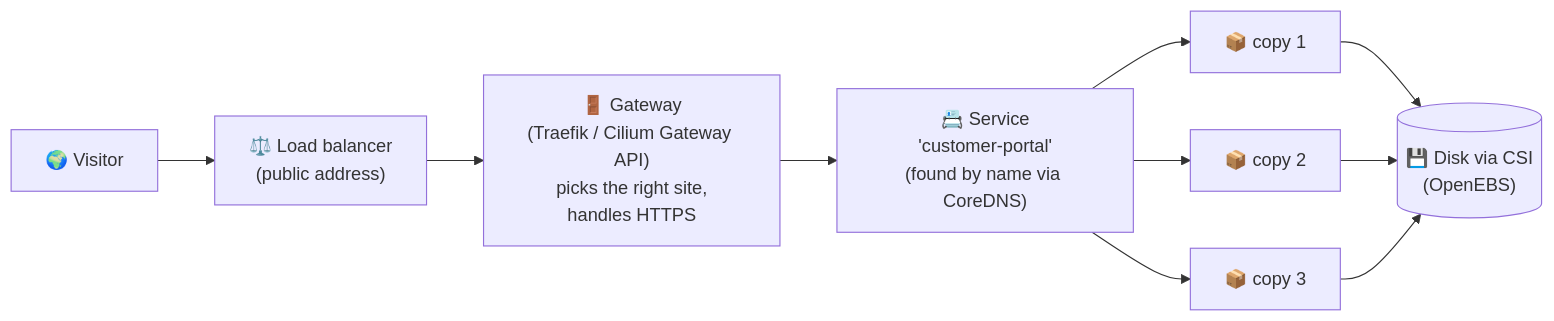
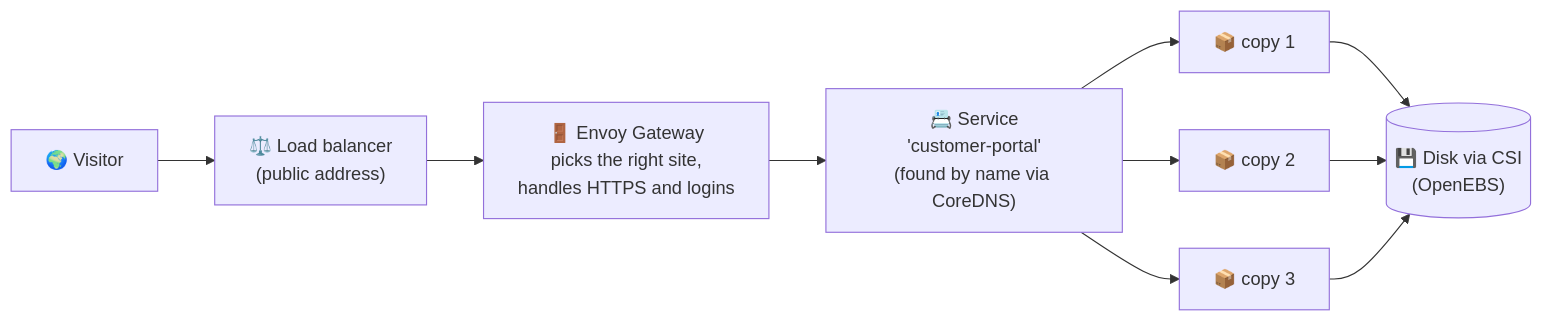
One commit to external-systems/explain-kube-to-me changed the first of 2 diagrams in documentation/docs/plumbing.md. Above: the diagram before and after it, drawn with Mermaid. The commit also changed other lines of this file and 68 other files, not shown here.

First line of the commit message:
Slides: 8 topics with real icons and hand-drawn diagrams

````diff
--- a/documentation/docs/plumbing.md
+++ b/documentation/docs/plumbing.md
@@ -28,10 +28,10 @@
 ```mermaid
 flowchart LR
     U["🌍 Visitor"] --> LB["⚖️ Load balancer<br/>(public address)"]
-    LB --> GW["🚪 Gateway<br/>(Traefik / Cilium Gateway API)<br/>picks the right site,<br/>handles HTTPS"]
+    LB --> GW["🚪 Envoy Gateway<br/>picks the right site,<br/>handles HTTPS and logins"]
     GW --> SVC["📇 Service<br/>'customer-portal'<br/>(found by name via CoreDNS)"]
     SVC --> P1["📦 copy 1"]
     SVC --> P2["📦 copy 2"]
     SVC --> P3["📦 copy 3"]
     P1 & P2 & P3 --> DISK[("💾 Disk via CSI<br/>(OpenEBS)")]
 ```
````
